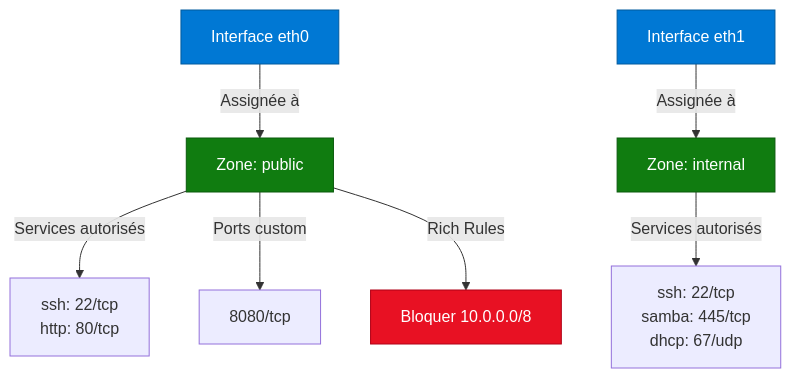
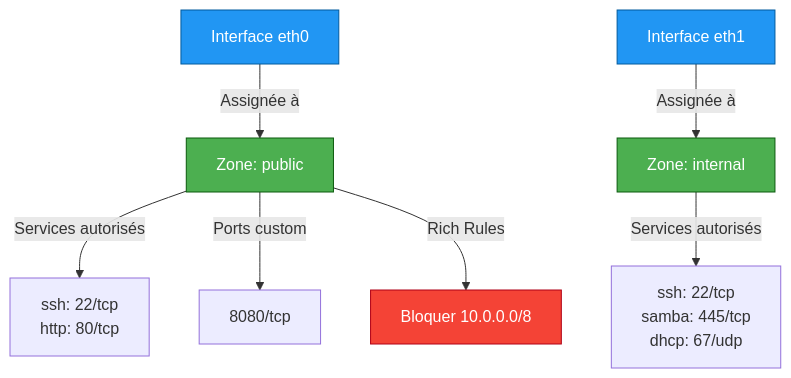
One commit to VBlackJack/ShellBook changed the diagram in docs/linux/rhel-networking.md. Above: the diagram before and after it, drawn with Mermaid. The commit also changed 337 other files, not shown here.

First line of the commit message:
refactor(docs): Standardize code blocks and Mermaid colors

````diff
--- a/docs/linux/rhel-networking.md
+++ b/docs/linux/rhel-networking.md
@@ -130,17 +130,17 @@
 ```mermaid
 graph TD
     A[Interface eth0] -->|Assignée à| B[Zone: public]
     A2[Interface eth1] -->|Assignée à| C[Zone: internal]
 
     B -->|Services autorisés| D[ssh: 22/tcp<br/>http: 80/tcp]
     B -->|Ports custom| E[8080/tcp]
     B -->|Rich Rules| F[Bloquer 10.0.0.0/8]
 
     C -->|Services autorisés| G[ssh: 22/tcp<br/>samba: 445/tcp<br/>dhcp: 67/udp]
 
-    style A fill:#0078d4,stroke:#005a9e,color:#fff
-    style A2 fill:#0078d4,stroke:#005a9e,color:#fff
-    style B fill:#107c10,stroke:#0b5a0d,color:#fff
-    style C fill:#107c10,stroke:#0b5a0d,color:#fff
-    style F fill:#e81123,stroke:#b00016,color:#fff
+    style A fill:#2196F3,stroke:#005a9e,color:#fff
+    style A2 fill:#2196F3,stroke:#005a9e,color:#fff
+    style B fill:#4CAF50,stroke:#0b5a0d,color:#fff
+    style C fill:#4CAF50,stroke:#0b5a0d,color:#fff
+    style F fill:#f44336,stroke:#b00016,color:#fff
 ```
````
